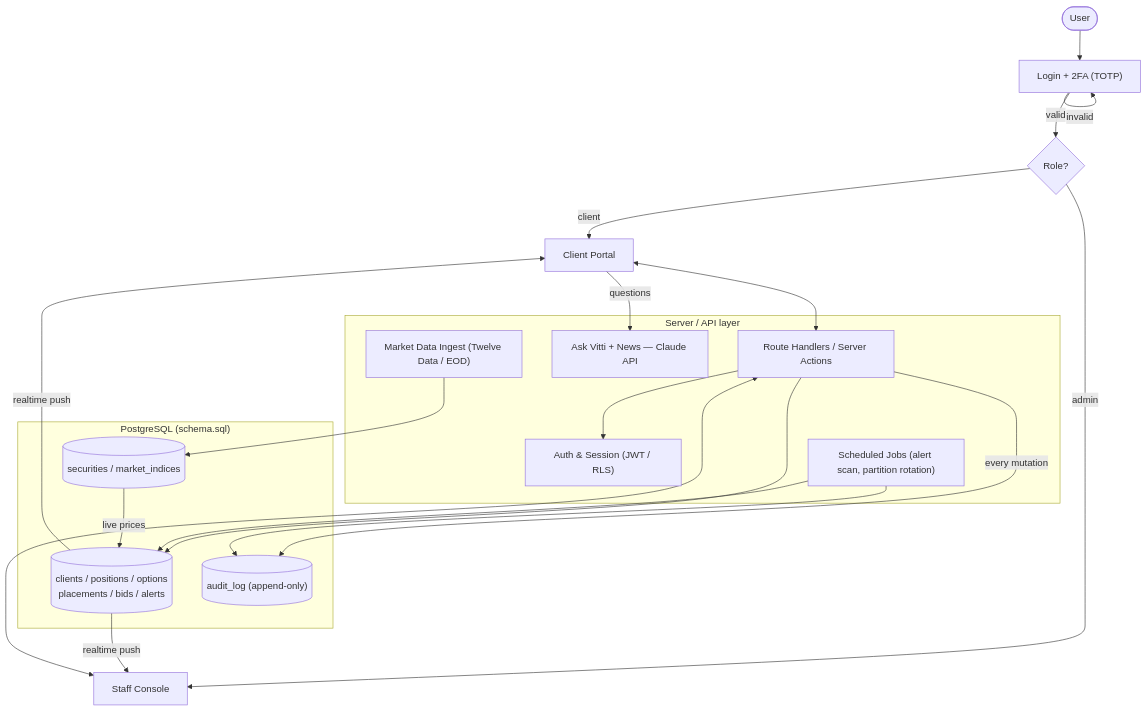
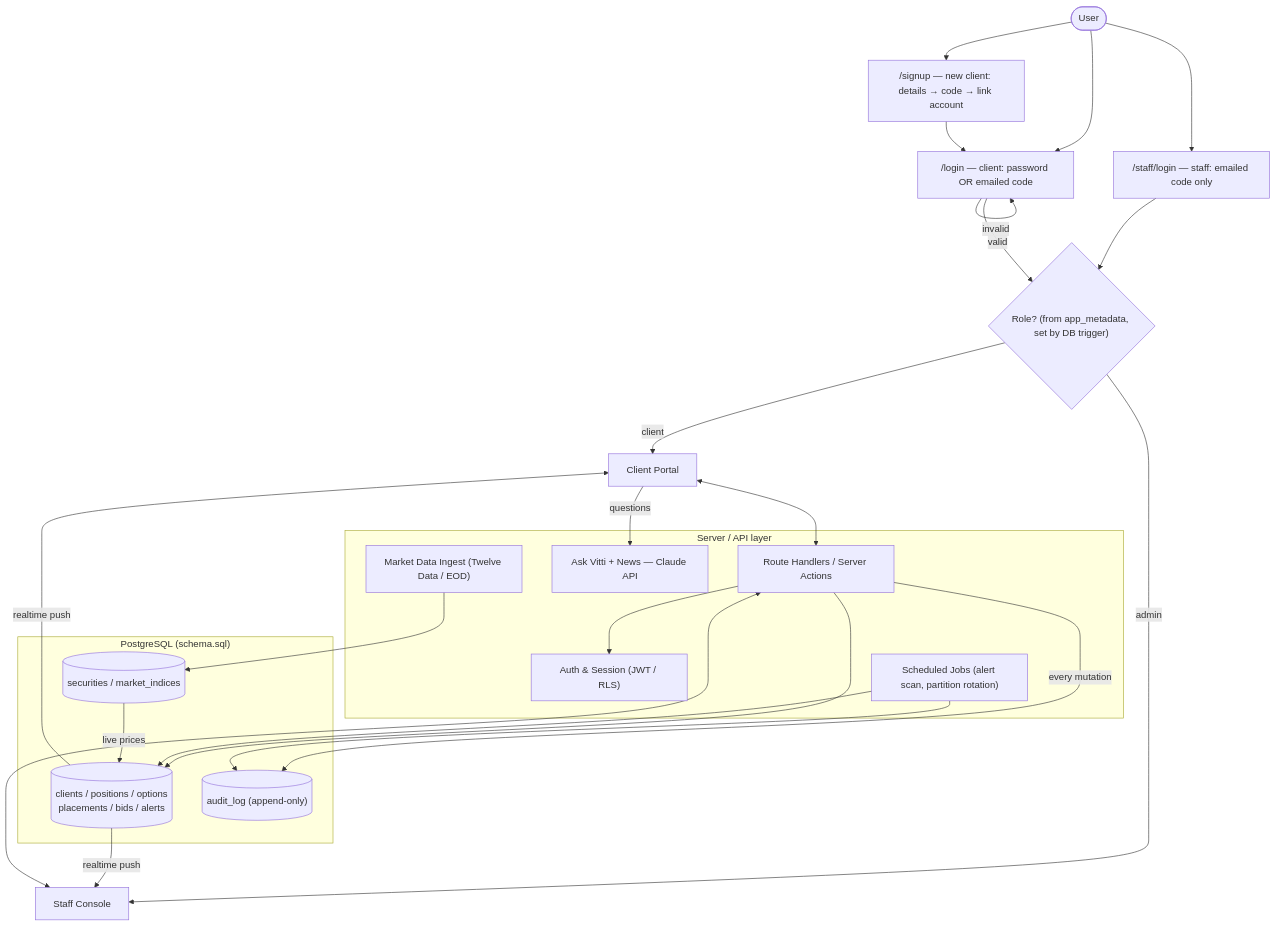
The first of 3 diagrams in docs/REQUIREMENTS.md (Vitti-Capital-Tech/client-dashboard), drawn with Mermaid before and after one commit. The commit also changed other lines of this file and 19 other files, not shown here.

Commit message:
Updated the login/signup flow for clients and admin

````diff
--- a/docs/REQUIREMENTS.md
+++ b/docs/REQUIREMENTS.md
@@ -162,36 +179,40 @@
 ```mermaid
 flowchart TD
-    U([User]) --> Login["Login + 2FA (TOTP)"]
+    U([User]) --> Login["/login — client: password OR emailed code"]
+    U --> Staff["/staff/login — staff: emailed code only"]
+    U --> Signup["/signup — new client: details → code → link account"]
+    Signup --> Login
     Login -->|invalid| Login
-    Login -->|valid| Role{Role?}
+    Staff --> Role
+    Login -->|valid| Role{"Role? (from app_metadata, set by DB trigger)"}
 
     Role -->|client| CP["Client Portal"]
     Role -->|admin| SP["Staff Console"]
 
     subgraph Server["Server / API layer"]
         AuthSvc["Auth & Session (JWT / RLS)"]
         API["Route Handlers / Server Actions"]
         Jobs["Scheduled Jobs (alert scan, partition rotation)"]
         AI["Ask Vitti + News — Claude API"]
         Feed["Market Data Ingest (Twelve Data / EOD)"]
     end
 
     subgraph Data["PostgreSQL (schema.sql)"]
         DB[("clients / positions / options\nplacements / bids / alerts")]
         Sec[("securities / market_indices")]
         Audit[("audit_log (append-only)")]
     end
 
     CP <--> API
     SP <--> API
     CP -->|questions| AI
     API --> AuthSvc
     API --> DB
     API -->|every mutation| Audit
     Feed --> Sec
     Jobs --> DB
     Jobs --> Audit
     Sec -->|live prices| DB
     DB -->|realtime push| CP
     DB -->|realtime push| SP
 ```
````
